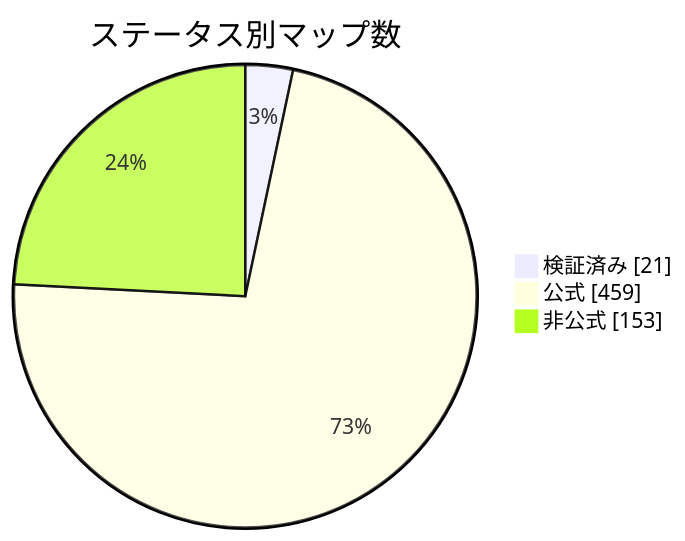
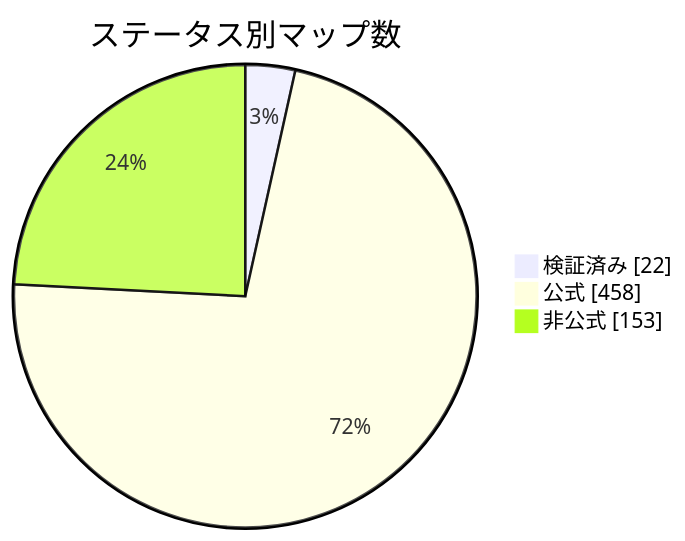
One commit to nobrega8/mbmap-library changed the diagram in docs/readme/README_JP.md. Above: the diagram before and after it, drawn with Mermaid. The commit also changed 6 other files, not shown here.

````diff
--- a/docs/readme/README_JP.md
+++ b/docs/readme/README_JP.md
@@ -54,7 +54,7 @@
 ```mermaid
 pie showData
     title ステータス別マップ数
-    "検証済み" : 21
-    "公式" : 459
+    "検証済み" : 22
+    "公式" : 458
     "非公式" : 153
 ```
````
